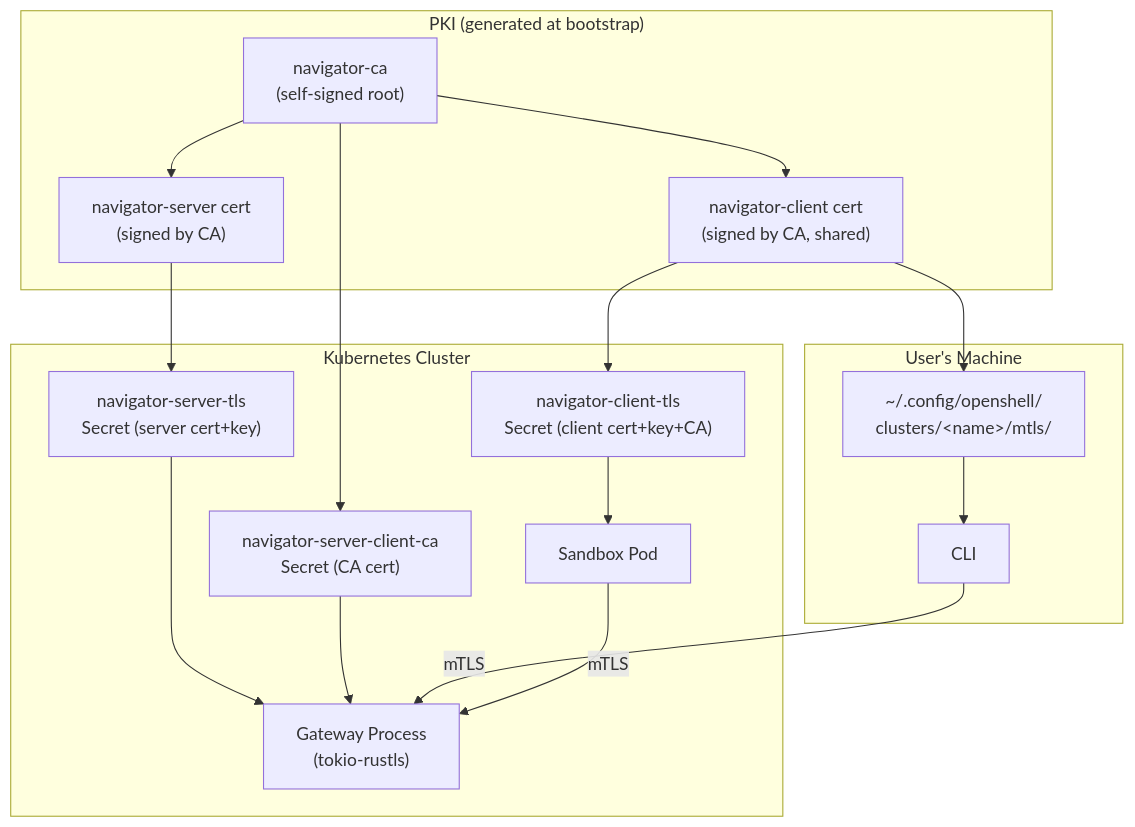
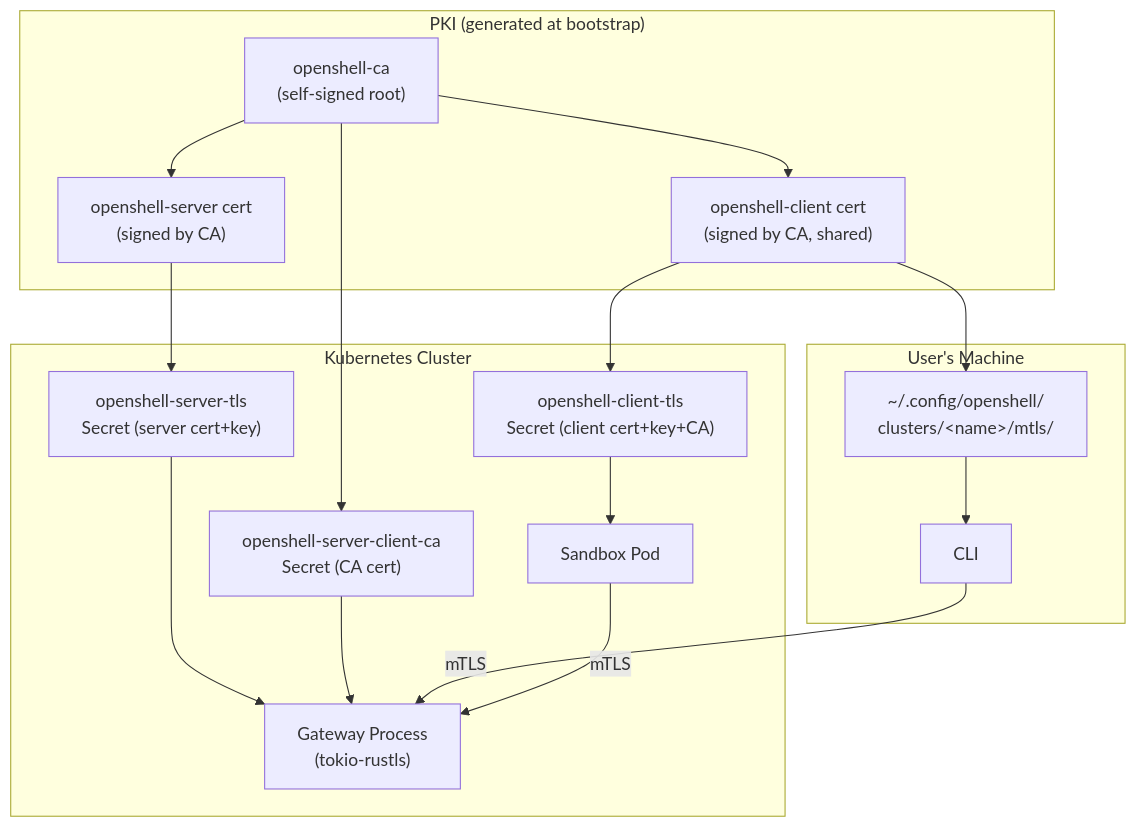
Before and after one commit to NVIDIA/OpenShell: the first of 3 diagrams in architecture/gateway-security.md, drawn with Mermaid. The commit also changed other lines of this file and 283 other files, not shown here.

First line of the commit message:
refactor: rename navigator- crate prefix to openshell-

````diff
--- a/architecture/gateway-security.md
+++ b/architecture/gateway-security.md
@@ -13,36 +13,36 @@
 ```mermaid
 graph TD
     subgraph PKI["PKI (generated at bootstrap)"]
-        CA["navigator-ca<br/>(self-signed root)"]
-        SERVER_CERT["navigator-server cert<br/>(signed by CA)"]
-        CLIENT_CERT["navigator-client cert<br/>(signed by CA, shared)"]
+        CA["openshell-ca<br/>(self-signed root)"]
+        SERVER_CERT["openshell-server cert<br/>(signed by CA)"]
+        CLIENT_CERT["openshell-client cert<br/>(signed by CA, shared)"]
         CA --> SERVER_CERT
         CA --> CLIENT_CERT
     end
 
     subgraph CLUSTER["Kubernetes Cluster"]
-        S1["navigator-server-tls<br/>Secret (server cert+key)"]
-        S2["navigator-server-client-ca<br/>Secret (CA cert)"]
-        S3["navigator-client-tls<br/>Secret (client cert+key+CA)"]
+        S1["openshell-server-tls<br/>Secret (server cert+key)"]
+        S2["openshell-server-client-ca<br/>Secret (CA cert)"]
+        S3["openshell-client-tls<br/>Secret (client cert+key+CA)"]
         GW["Gateway Process<br/>(tokio-rustls)"]
         SBX["Sandbox Pod"]
     end
 
     subgraph HOST["User's Machine"]
         CLI["CLI"]
         MTLS_DIR["~/.config/openshell/<br/>clusters/&lt;name&gt;/mtls/"]
     end
 
     SERVER_CERT --> S1
     CA --> S2
     CLIENT_CERT --> S3
     CLIENT_CERT --> MTLS_DIR
 
     S1 --> GW
     S2 --> GW
     S3 --> SBX
     MTLS_DIR --> CLI
 
     CLI -- "mTLS" --> GW
     SBX -- "mTLS" --> GW
 ```
````
